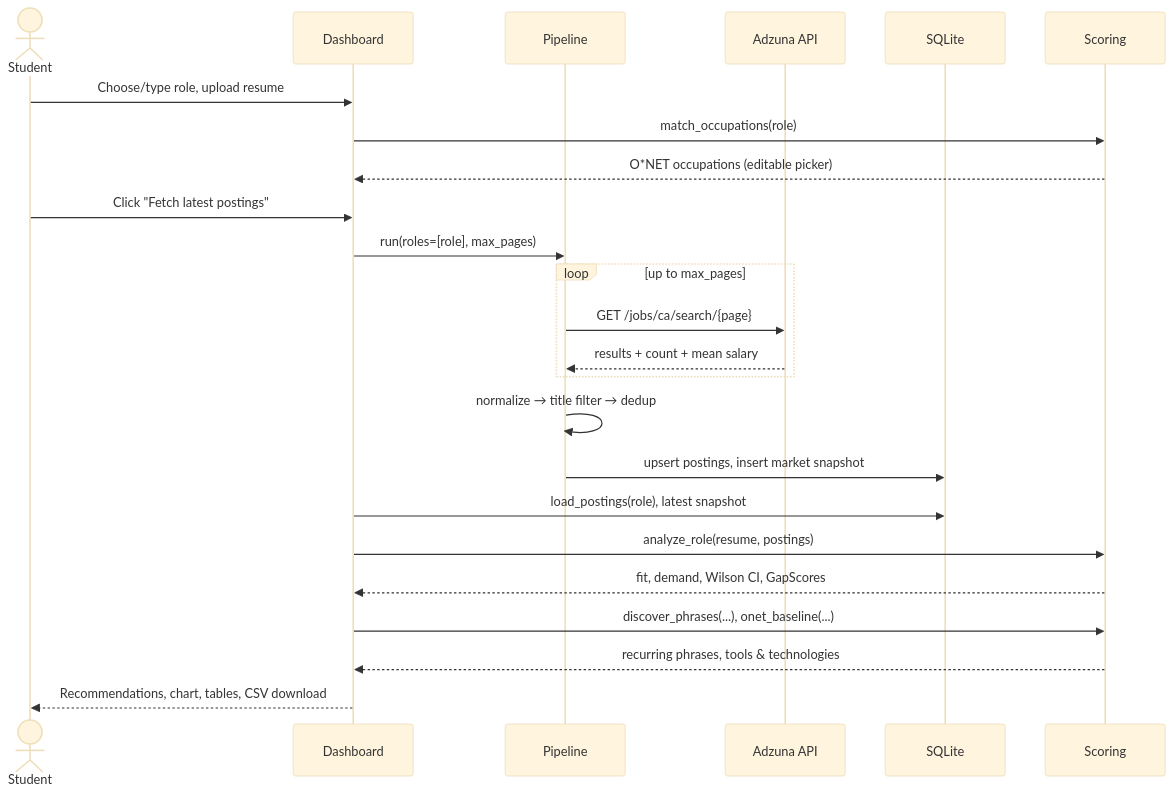
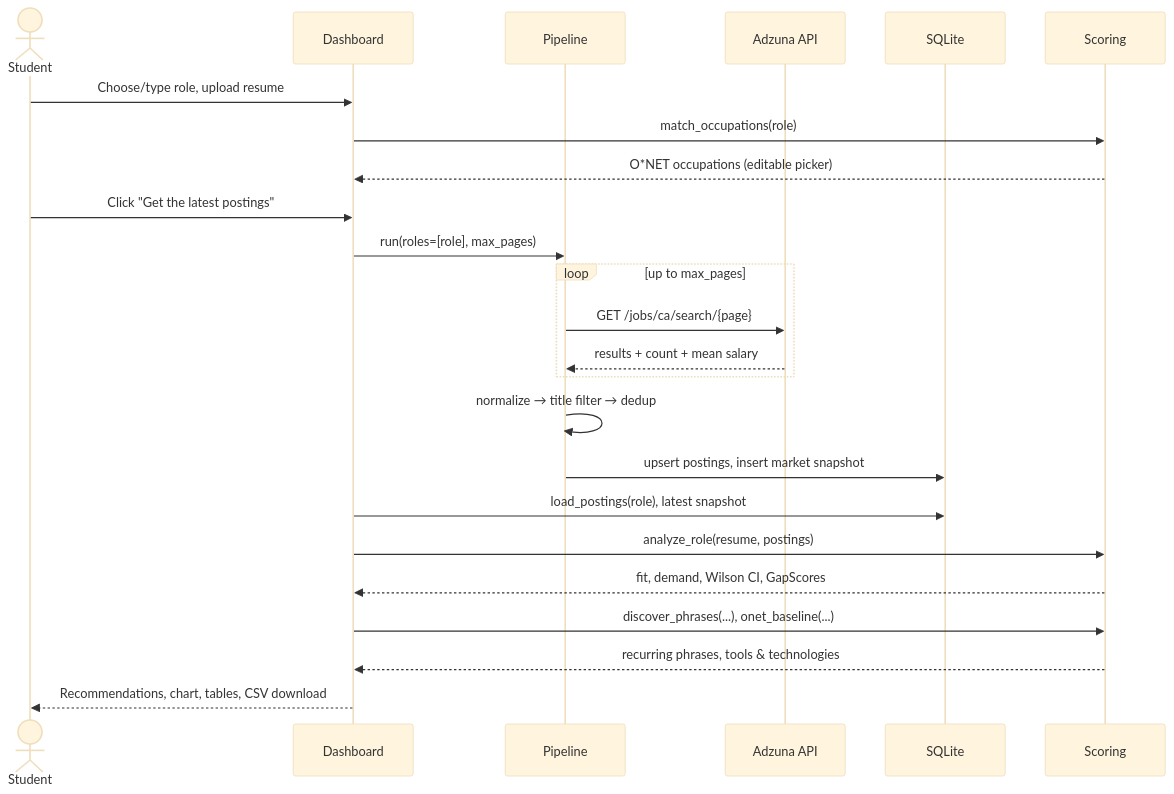
Before and after one commit to luislimon12/skills_gap_analyzer: the second of 7 diagrams in docs/Skills Gap Analyzer - Complete Guide.md, drawn with Mermaid (base theme). The commit also changed other lines of this file and 9 other files, not shown here.

````diff
--- a/docs/Skills Gap Analyzer - Complete Guide.md
+++ b/docs/Skills Gap Analyzer - Complete Guide.md
@@ -111,27 +111,27 @@
 ```mermaid
 sequenceDiagram
     actor S as Student
     participant D as Dashboard
     participant P as Pipeline
     participant A as Adzuna API
     participant DB as SQLite
     participant SC as Scoring
 
     S->>D: Choose/type role, upload resume
     D->>SC: match_occupations(role)
     SC-->>D: O*NET occupations (editable picker)
-    S->>D: Click "Fetch latest postings"
+    S->>D: Click "Get the latest postings"
     D->>P: run(roles=[role], max_pages)
     loop up to max_pages
         P->>A: GET /jobs/ca/search/{page}
         A-->>P: results + count + mean salary
     end
     P->>P: normalize → title filter → dedup
     P->>DB: upsert postings, insert market snapshot
     D->>DB: load_postings(role), latest snapshot
     D->>SC: analyze_role(resume, postings)
     SC-->>D: fit, demand, Wilson CI, GapScores
     D->>SC: discover_phrases(...), onet_baseline(...)
     SC-->>D: recurring phrases, tools & technologies
     D-->>S: Recommendations, chart, tables, CSV download
 ```
````
